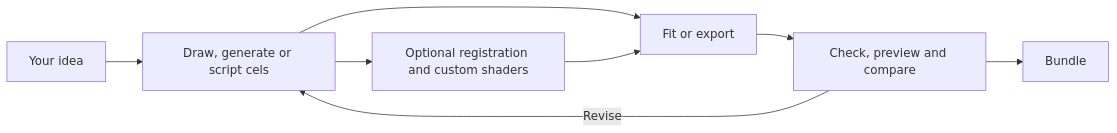
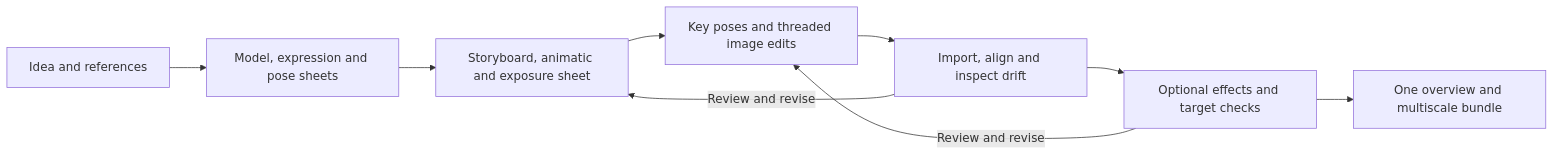
Before and after one commit to ppazosp/emoji-forge: the diagram in README.md, drawn with Mermaid. The commit also changed other lines of this file and 49 other files, not shown here.

````diff
--- a/README.md
+++ b/README.md
@@ -64,10 +58,11 @@
 ```mermaid
 flowchart LR
-    A[Your idea] --> B[Draw, generate or script cels]
-    B --> C[Optional registration and custom shaders]
-    B --> D[Fit or export]
-    C --> D
-    D --> E[Check, preview and compare]
-    E -->|Revise| B
-    E --> F[Bundle]
+    A[Idea and references] --> B[Model, expression and pose sheets]
+    B --> C[Storyboard, animatic and exposure sheet]
+    C --> D[Key poses and threaded image edits]
+    D --> E[Import, align and inspect drift]
+    E --> F[Optional effects and target checks]
+    F --> G[One overview and multiscale bundle]
+    E -->|Review and revise| C
+    F -->|Review and revise| D
 ```
````
